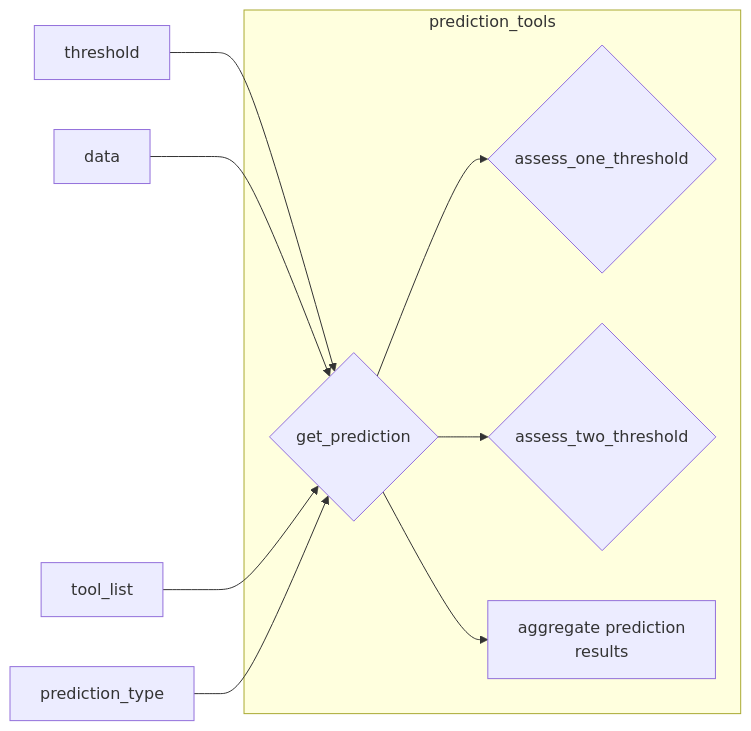
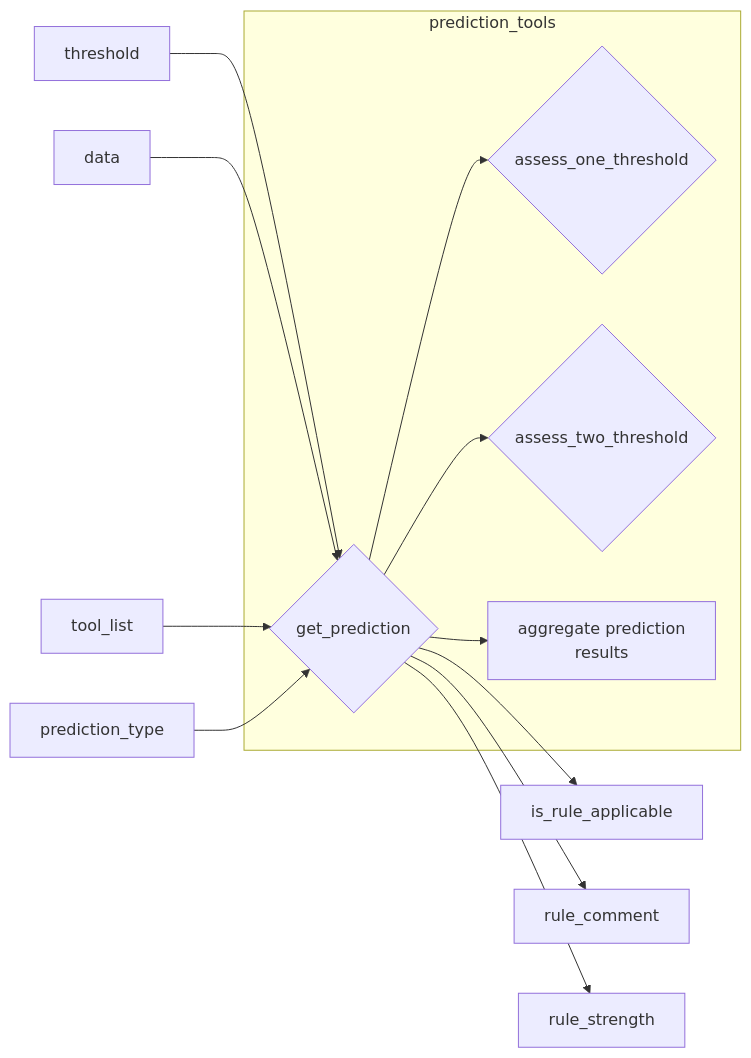
The third of 30 diagrams in Software_design/Mermaid.org (akatzke/HerediClassify), drawn with Mermaid before and after one commit. The commit also changed other lines of this file and 8 other files, not shown here.

```diff
--- a/Software_design/Mermaid.org
+++ b/Software_design/Mermaid.org
@@ -56,13 +56,16 @@
 #+begin_src mermaid :file predicition_tool.png
 flowchart LR
    T[threshold] --> GP{get_prediction}
    D[data] --> GP
    TL[tool_list] --> GP
    PT[prediction_type] --> GP
    subgraph prediction_tools
        GP --> 1T{assess_one_threshold}
        GP --> 2T{assess_two_threshold}
        GP --> APR["aggregate prediction
        results"]
        end
+    GP --> is_rule_applicable
+    GP --> rule_comment
+    GP --> rule_strength
 #+end_src
```
